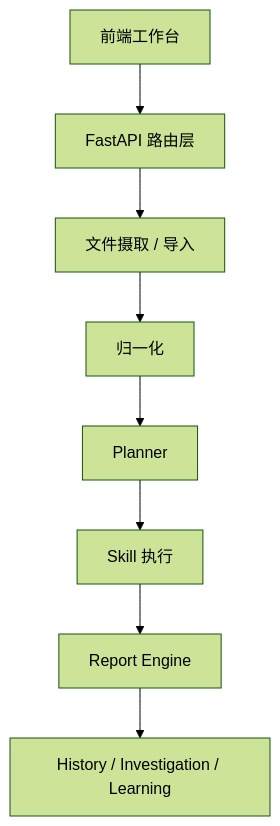
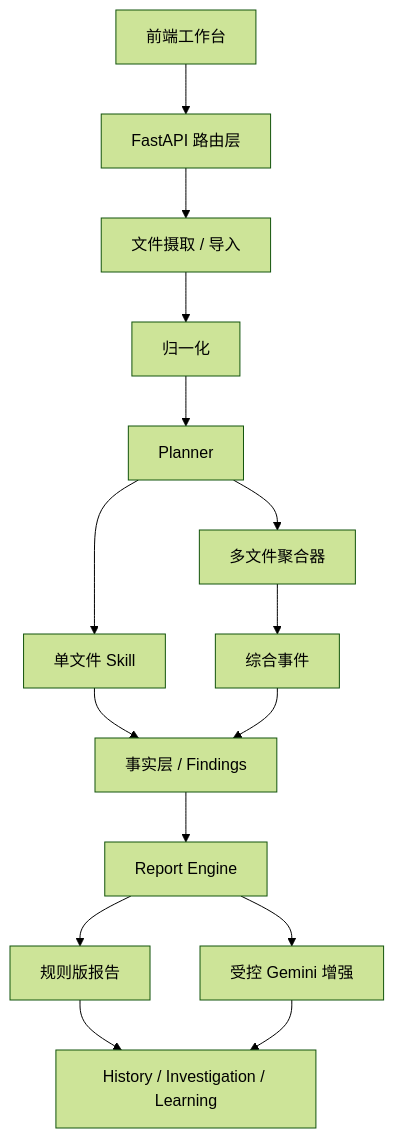
One commit to edmund-xl/MegaETH-AI-Security changed the second of 2 diagrams in docs/architecture.md. Above: the diagram before and after it, drawn with Mermaid (forest theme). The commit also changed other lines of this file and 1 other file, not shown here.

Commit message:
Improve architecture diagrams for composite analysis flow

````diff
--- a/docs/architecture.md
+++ b/docs/architecture.md
@@ -114,10 +124,17 @@
 ```mermaid
 flowchart TD
     UI["前端工作台"] --> API["FastAPI 路由层"]
     API --> INGEST["文件摄取 / 导入"]
     INGEST --> NORMALIZE["归一化"]
     NORMALIZE --> PLAN["Planner"]
-    PLAN --> SKILLS["Skill 执行"]
-    SKILLS --> REPORT["Report Engine"]
-    REPORT --> STORE["History / Investigation / Learning"]
+    PLAN --> SINGLE["单文件 Skill"]
+    PLAN --> COMPOSITE["多文件聚合器"]
+    COMPOSITE --> SYNTH["综合事件"]
+    SINGLE --> FACTS["事实层 / Findings"]
+    SYNTH --> FACTS
+    FACTS --> REPORT["Report Engine"]
+    REPORT --> RULE["规则版报告"]
+    REPORT --> MODEL["受控 Gemini 增强"]
+    RULE --> STORE["History / Investigation / Learning"]
+    MODEL --> STORE
 ```
````
